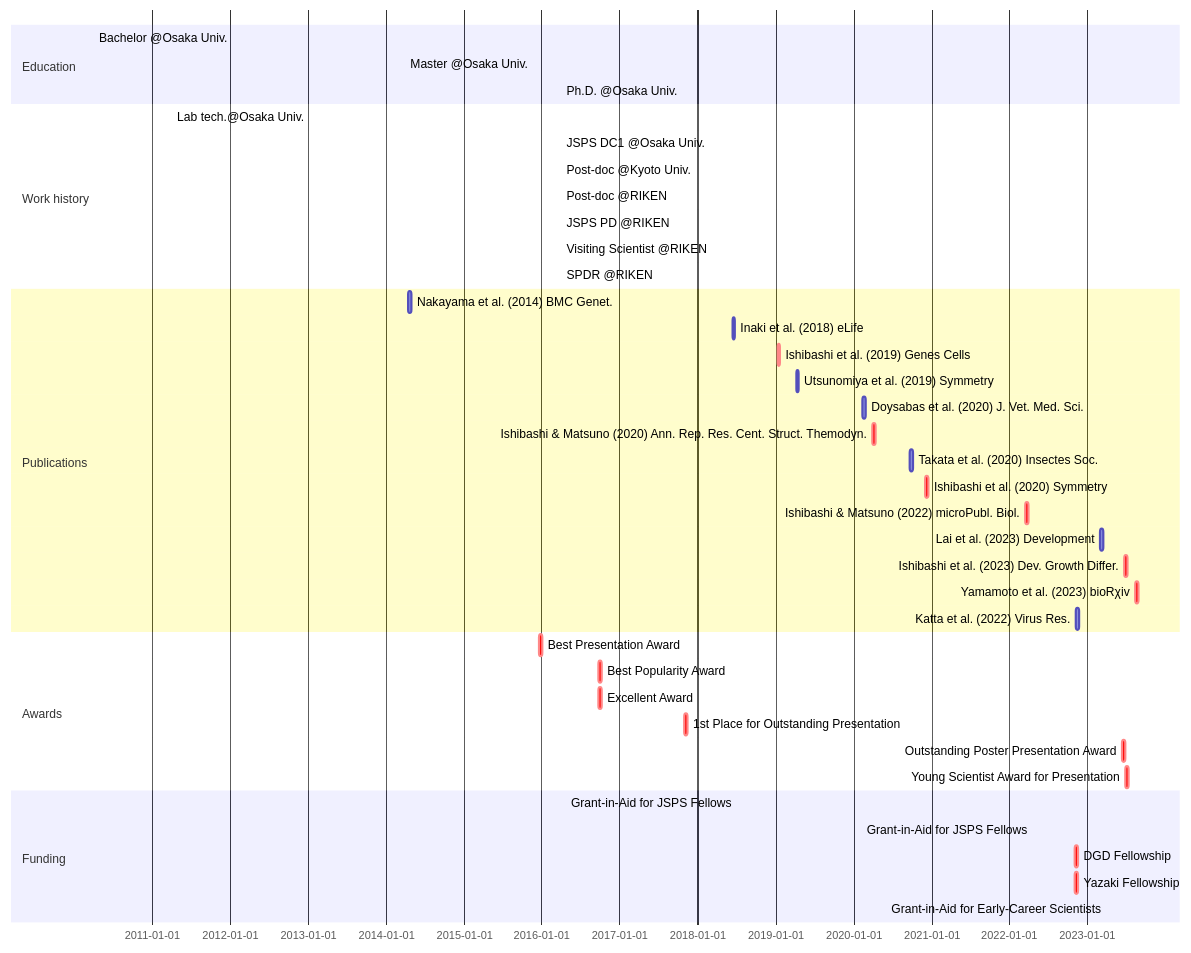
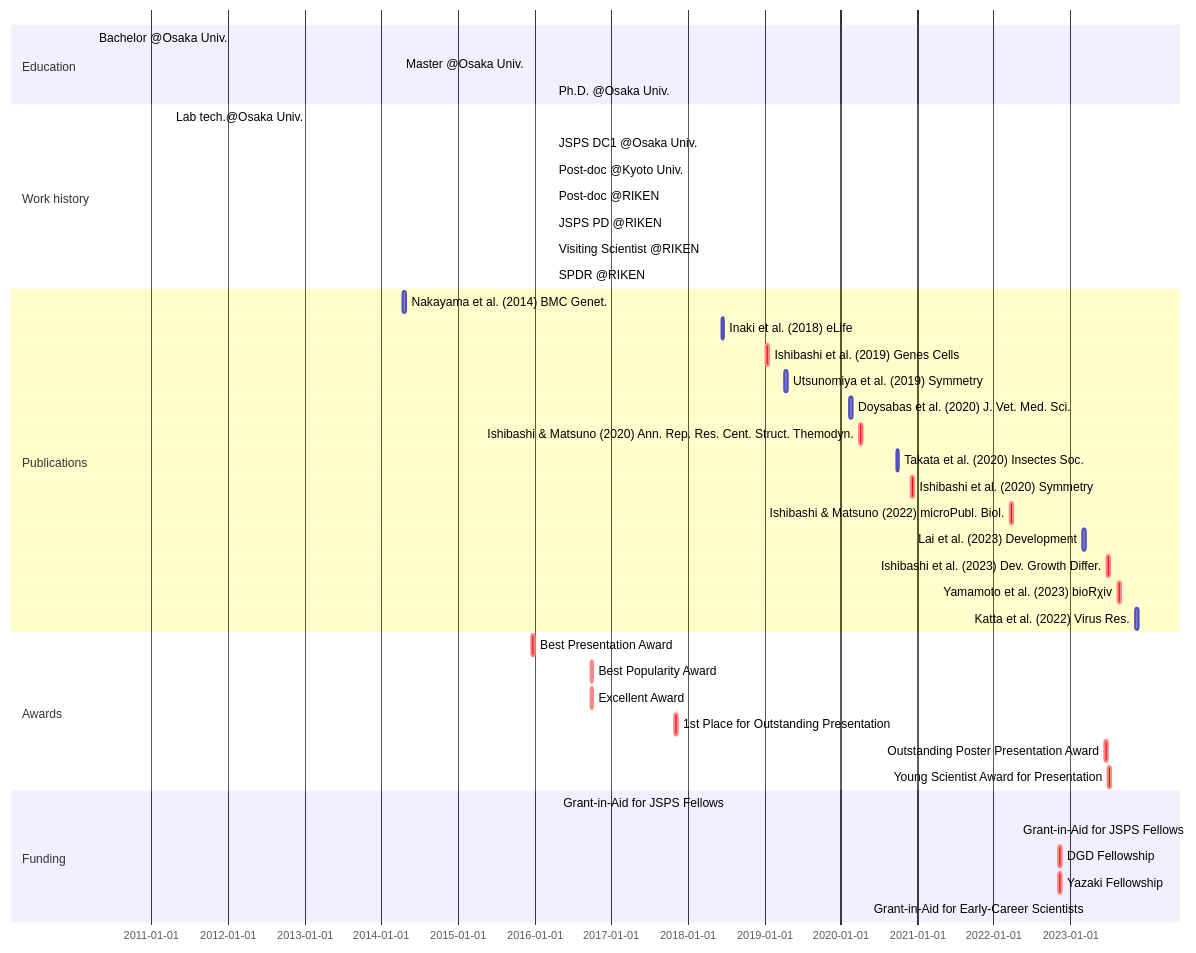
The diagram in _includes/mermaid-cv.md (ishibaki/ishibaki.github.io), drawn with Mermaid before and after one commit.

````diff
--- a/_includes/mermaid-cv.md
+++ b/_includes/mermaid-cv.md
@@ -1,42 +1,42 @@
 ```mermaid
 gantt
 section Education
   Bachelor @Osaka Univ. : BS, 2010-04-01, 2014-03-25
   Master @Osaka Univ.   : MS, 2014-04-01, 2016-03-28
   Ph.D. @Osaka Univ.    : Ph.D., 2016-04-01, 2019-03-25
 section Work history
   Lab tech.@Osaka Univ.     : done, OU-tech, 2011-04-01, 2012-03-31
   JSPS DC1 @Osaka Univ.     : done, DC1, 2016-04-01, 2019-03-31
   Post-doc @Kyoto Univ.     : done, KU-postdoc, after DC1, 2021-04-30
   Post-doc @RIKEN           : done, RIKEN-postdoc, after KU-postdoc, 2022-03-31
   JSPS PD @RIKEN            : done, PD, after RIKEN-postdoc, 2023-03-31
   Visiting Scientist @RIKEN : done, Visit-Sci, after RIKEN-postdoc, 2023-03-31
   SPDR @RIKEN               : active, SPDR, after PD, 2026-03-31
 section Publications
   Nakayama et al. (2014) BMC Genet.           :       nakayama2014, 2014-04-16, 2w
   Inaki et al. (2018) eLife                   :       inaki2018, 2018-06-12, 2w
   Ishibashi et al. (2019) Genes Cells         : crit, ishibashi2019, 2019-01-09, 2w
   Utsunomiya et al. (2019) Symmetry           :       utsunomiya2019, 2019-04-08, 2w
   Doysabas et al. (2020) J. Vet. Med. Sci.    :       doysabas2020, 2020-02-12, 2w
   Ishibashi & Matsuno (2020) Ann. Rep. Res. Cent. Struct. Themodyn. : crit, ishibashi2020a, 2020-04-01, 2w
   Takata et al. (2020) Insectes Soc.          :       takata2020, 2020-09-22, 2w
   Ishibashi et al. (2020) Symmetry            : crit, ishibashi2020b, 2020-12-02, 2w
   Ishibashi & Matsuno (2022) microPubl. Biol. : crit, ishibashi2022, 2022-03-18, 2w
   Lai et al. (2023) Development               :       lai2023, 2023-03-02, 2w
   Ishibashi et al. (2023) Dev. Growth Differ. : crit, ishibashi2023, 2023-06-25, 2w
   Yamamoto et al. (2023) bioRχiv              : crit, yamamoto2023, 2023-08-16, 2w
-  Katta et al. (2022) Virus Res.              :       katta2023, 2022-11-08, 2w
+  Katta et al. (2022) Virus Res.              :       katta2023, 2023-11-08, 2w
 section Awards
   Best Presentation Award                  : crit, aw_1, 2015-12-20, 2w
   Best Popularity Award                    : crit, aw_2, 2016-09-25, 2w
   Excellent Award                          : crit, aw_3, 2016-09-25, 2w
   1st Place for Outstanding Presentation   : crit, aw_4, 2017-11-01, 2w
   Outstanding Poster Presentation Award    : crit, aw_5, 2023-06-15, 2w
   Young Scientist Award for Presentation   : crit, aw_6, 2023-06-29, 2w
 section Funding
   Grant-in-Aid for JSPS Fellows : done, grant_DC1, 2016-04-22, 2019-03-31
   Grant-in-Aid for JSPS Fellows : active, grant_PD, 2022-04-22, 2025-03-31
   DGD Fellowship:                 crit, dgd_fellowship, 2022-11-04, 2w
   Yazaki Fellowship:              crit, yazaki_fellowship, 2022-11-04, 2w
   Grant-in-Aid for Early-Career Scientists : active, grant_ecs2023, 2023-04-01, 2026-03-31
 ```
````
